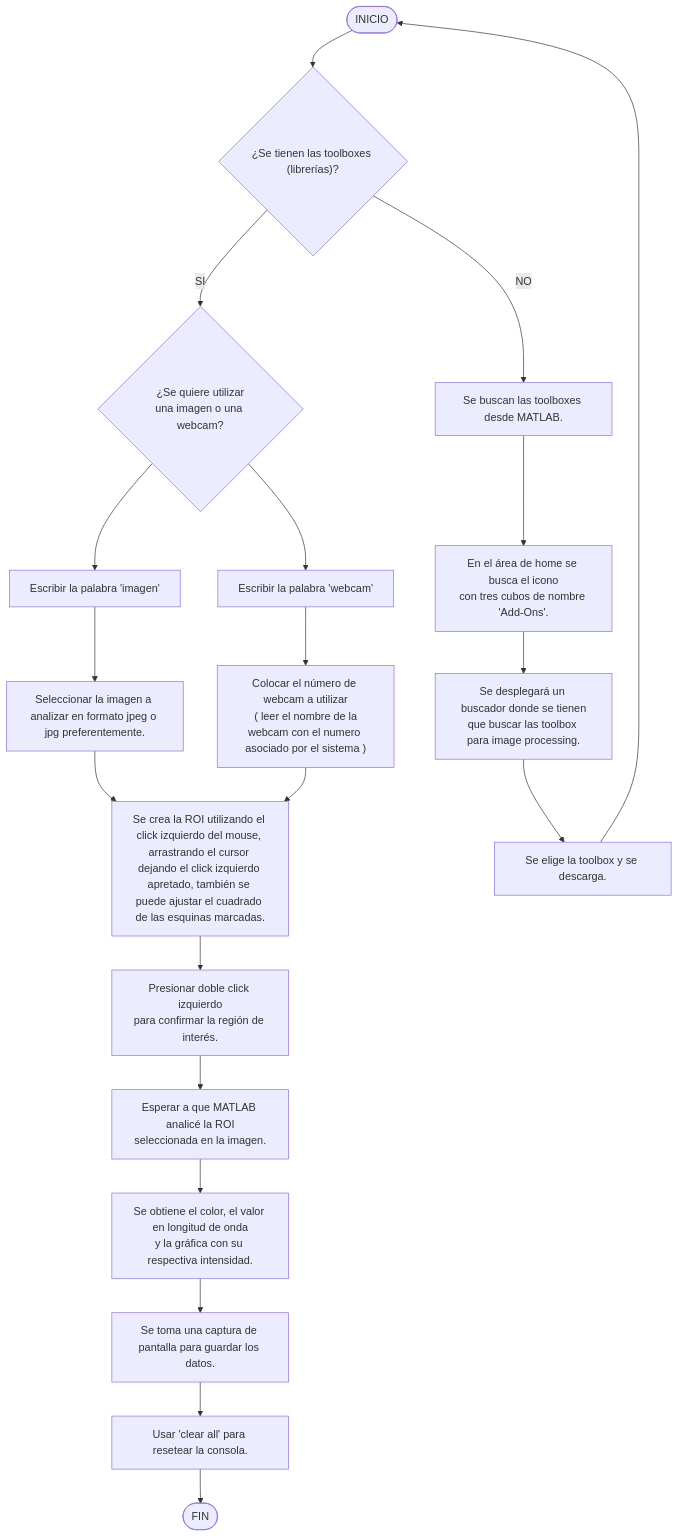
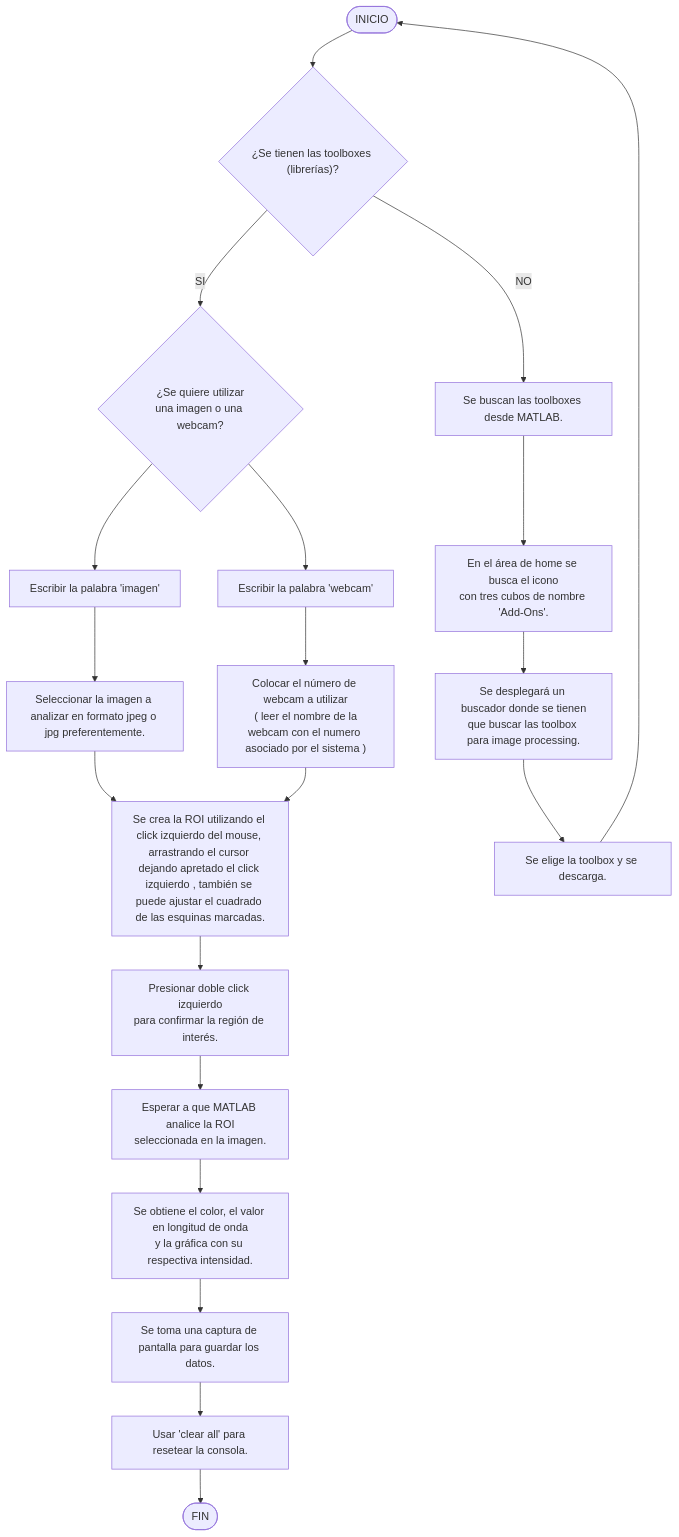
The diagram in README.md (YaelDan8/Proyecto-de-Flurimetro-casero), drawn with Mermaid before and after one commit.

````diff
--- a/README.md
+++ b/README.md
@@ -11,54 +11,54 @@
 ```mermaid
 flowchart TD
   Start([INICIO]);
 
   A1[Escribir la palabra 'imagen'];
   A2[Seleccionar la imagen a analizar en formato jpeg o jpg preferentemente.];
   A3[Presionar doble click izquierdo\npara confirmar la región de interés.];
 
   B1{¿Se tienen las toolboxes &#40librerías&#41?};
   B2[Se buscan las toolboxes desde MATLAB.];
   B3[En el área de home se busca el icono\ncon tres cubos de nombre 'Add-Ons'.];
   B4[Se desplegará un buscador donde se tienen\nque buscar las toolbox para image processing.];
   B5[Se elige la toolbox y se descarga.];
 
   C1{¿Se quiere utilizar\nuna imagen o una webcam?};
 
-  D1[Se crea la ROI utilizando el click izquierdo del mouse, arrastrando el cursor dejando el click izquierdo apretado, también se puede ajustar el cuadrado de las esquinas marcadas.]
-  D2[Esperar a que MATLAB analicé la ROI\nseleccionada en la imagen.];
+  D1[Se crea la ROI utilizando el click izquierdo del mouse, arrastrando el cursor dejando apretado el click izquierdo , también se puede ajustar el cuadrado de las esquinas marcadas.]
+  D2[Esperar a que MATLAB analice la ROI\nseleccionada en la imagen.];
 
   E1[Escribir la palabra 'webcam'];
   E2[Colocar el número de webcam a utilizar\n &#40 leer el nombre de la webcam con el numero asociado por el sistema &#41];
 
   F1[Se toma una captura de pantalla para guardar los datos.];
   F2[Usar 'clear all' para resetear la consola.];
 
   G[Se obtiene el color, el valor en longitud de onda\ny la gráfica con su respectiva intensidad.];
 
   End([FIN]);
 
   %% Flujo
   Start -->  B1 -->|SI| C1;
   B1 -->|NO| B2;
   B2 --> B3;
   B3 --> B4;
   B4 --> B5;
   B5 --> Start;
   
   C1 --> A1;
   C1 --> E1;
   
   A1 --> A2;
   E1 --> E2;
 
   A2 --> D1;
   E2 --> D1;
   D1 --> A3;
 
   A3 --> D2;
   D2 --> G;
   G --> F1;
   F1 --> F2;
 
   F2 --> End;
 ```
````
